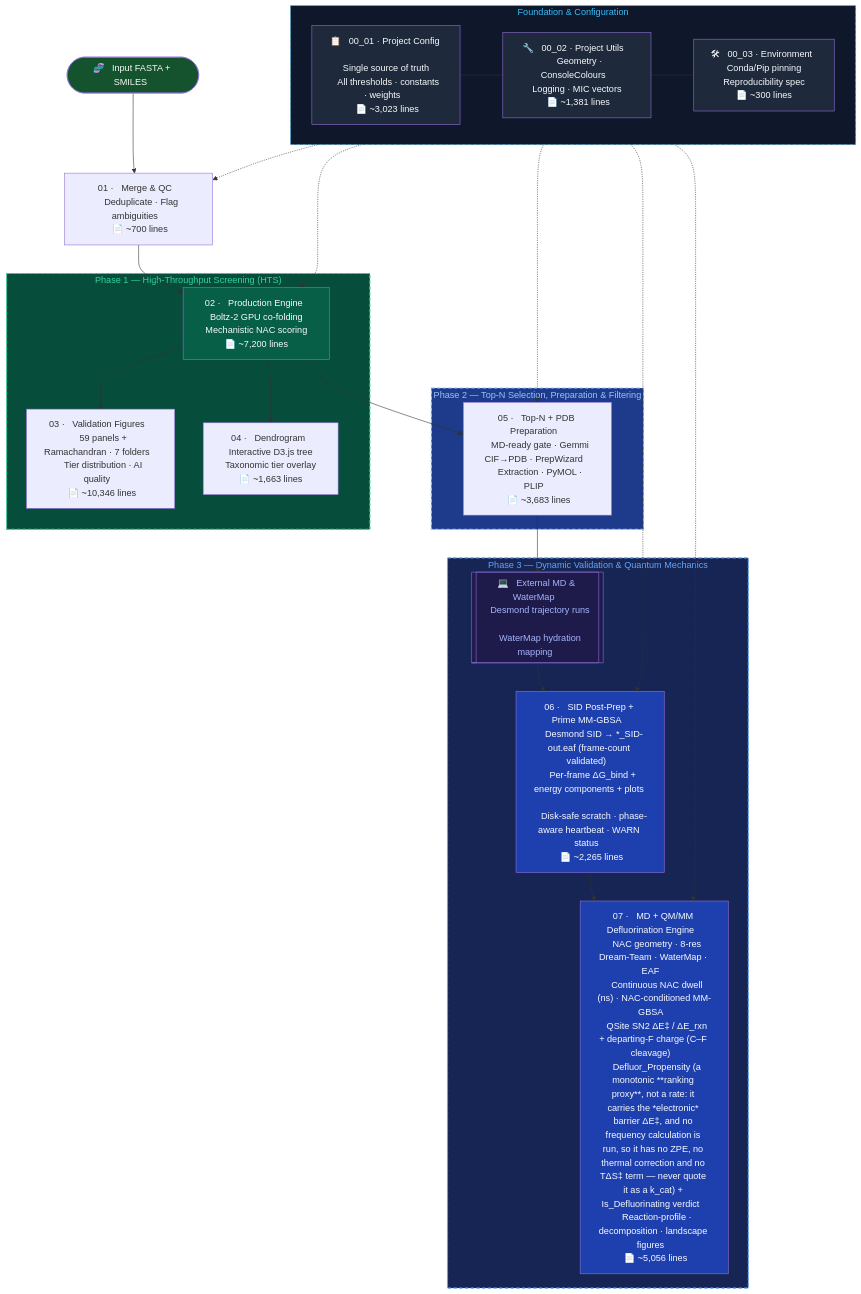
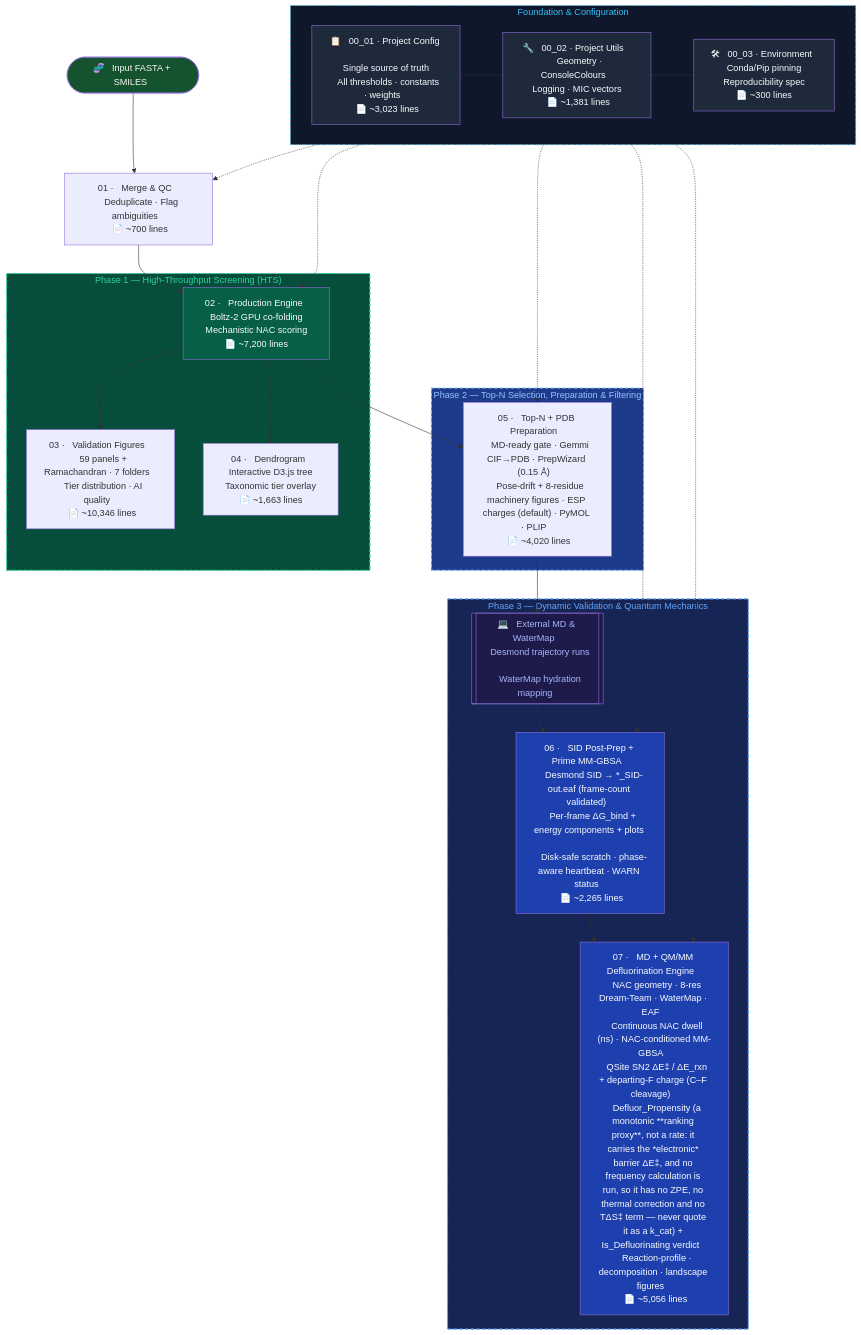
One commit to KU-MGB/DeFluorX changed the diagram in README.md. Above: the diagram before and after it, drawn with Mermaid. The commit also changed other lines of this file and 1 other file, not shown here.

First line of the commit message:
docs(05/README): complete the delivery-package log table; README figures/ESP/numbering/LOC

````diff
--- a/README.md
+++ b/README.md
@@ -190,56 +190,56 @@
 ```mermaid
 flowchart TD
     subgraph FOUNDATION["  Foundation & Configuration  "]
         CFG["📋 &nbsp; 00_01 · Project Config &nbsp; \n &nbsp; Single source of truth &nbsp; \n &nbsp; All thresholds · constants · weights &nbsp; \n &nbsp; 📄 ~3,023 lines &nbsp; "]
         UTL["🔧 &nbsp; 00_02 · Project Utils &nbsp; \n &nbsp; Geometry · ConsoleColours &nbsp; \n &nbsp; Logging · MIC vectors &nbsp; \n &nbsp; 📄 ~1,381 lines &nbsp; "]
         ENV["🛠 &nbsp; 00_03 · Environment &nbsp; \n &nbsp; Conda/Pip pinning &nbsp; \n &nbsp; Reproducibility spec &nbsp; \n &nbsp; 📄 ~300 lines &nbsp; "]
         CFG --- UTL --- ENV
     end
 
     START(["🧬 &nbsp; Input FASTA + SMILES &nbsp;"]) --> M1
     M1["01 · &nbsp; Merge & QC &nbsp; \n &nbsp; Deduplicate · Flag ambiguities &nbsp; \n &nbsp; 📄 ~700 lines &nbsp; "] --> M2
 
     subgraph PHASE1["  Phase 1 — High-Throughput Screening (HTS)  "]
         M2["02 · &nbsp; Production Engine &nbsp; \n &nbsp; Boltz-2 GPU co-folding &nbsp; \n &nbsp; Mechanistic NAC scoring &nbsp; \n &nbsp; 📄 ~7,200 lines &nbsp; "]
         M3["03 · &nbsp; Validation Figures &nbsp; \n &nbsp; 59 panels + Ramachandran · 7 folders &nbsp; \n &nbsp; Tier distribution · AI quality &nbsp; \n &nbsp; 📄 ~10,346 lines &nbsp; "]
         M4["04 · &nbsp; Dendrogram &nbsp; \n &nbsp; Interactive D3.js tree &nbsp; \n &nbsp; Taxonomic tier overlay &nbsp; \n &nbsp; 📄 ~1,663 lines &nbsp; "]
         M2 --> M3
         M2 --> M4
     end
 
     M2 --> M5
 
     subgraph PHASE2["  Phase 2 — Top-N Selection, Preparation & Filtering  "]
-        M5["05 · &nbsp; Top-N + PDB Preparation &nbsp; \n &nbsp; MD-ready gate · Gemmi CIF→PDB · PrepWizard &nbsp; \n &nbsp; Extraction · PyMOL · PLIP &nbsp; \n &nbsp; 📄 ~3,683 lines &nbsp; "]
+        M5["05 · &nbsp; Top-N + PDB Preparation &nbsp; \n &nbsp; MD-ready gate · Gemmi CIF→PDB · PrepWizard (0.15 Å) &nbsp; \n &nbsp; Pose-drift + 8-residue machinery figures · ESP charges (default) · PyMOL · PLIP &nbsp; \n &nbsp; 📄 ~4,020 lines &nbsp; "]
     end
 
     M5 --> EXT_MD
 
     subgraph PHASE3["  Phase 3 — Dynamic Validation & Quantum Mechanics  "]
         EXT_MD[["💻 &nbsp; External MD & WaterMap &nbsp; \n &nbsp; Desmond trajectory runs &nbsp; \n &nbsp; WaterMap hydration mapping &nbsp;"]]
         M6["06 · &nbsp; SID Post-Prep + Prime MM-GBSA &nbsp; \n &nbsp; Desmond SID → *_SID-out.eaf (frame-count validated) &nbsp; \n &nbsp; Per-frame ΔG_bind + energy components + plots &nbsp; \n &nbsp; Disk-safe scratch · phase-aware heartbeat · WARN status &nbsp; \n &nbsp; 📄 ~2,265 lines &nbsp; "]
         M7["07 · &nbsp; MD + QM/MM Defluorination Engine &nbsp; \n &nbsp; NAC geometry · 8-res Dream-Team · WaterMap · EAF &nbsp; \n &nbsp; Continuous NAC dwell (ns) · NAC-conditioned MM-GBSA &nbsp; \n &nbsp; QSite SN2 ΔE‡ / ΔE_rxn + departing-F charge (C–F cleavage) &nbsp; \n &nbsp; Defluor_Propensity (a monotonic **ranking proxy**, not a rate: it carries the *electronic* barrier ΔE‡, and no frequency calculation is run, so it has no ZPE, no thermal correction and no TΔS‡ term — never quote it as a k_cat) + Is_Defluorinating verdict &nbsp; \n &nbsp; Reaction-profile · decomposition · landscape figures &nbsp; \n &nbsp; 📄 ~5,056 lines &nbsp; "]
         EXT_MD --> M6 --> M7
     end
 
     %% Dependencies
     FOUNDATION -.-> M1
     FOUNDATION -.-> M2
     FOUNDATION -.-> M5
     FOUNDATION -.-> M6
     FOUNDATION -.-> M7
 
     style FOUNDATION fill:#0f172a,color:#38bdf8,stroke:#38bdf8
     style CFG fill:#1e293b,color:#f8fafc
     style UTL fill:#1e293b,color:#f8fafc
     style ENV fill:#1e293b,color:#f8fafc
     style PHASE1 fill:#064e3b,color:#34d399,stroke:#34d399,stroke-width:2px,stroke-dasharray: 6 4
     style PHASE2 fill:#1e3a8a,color:#93c5fd,stroke:#93c5fd,stroke-width:2px,stroke-dasharray: 6 4
     style PHASE3 fill:#172554,color:#60a5fa,stroke:#60a5fa,stroke-width:2px,stroke-dasharray: 6 4
     style FOUNDATION stroke-dasharray: 6 4
     style M2 fill:#065f46,color:#f8fafc
     style M6 fill:#1e40af,color:#f8fafc
     style M7 fill:#1e40af,color:#f8fafc
     style START fill:#14532d,color:#f8fafc
     style EXT_MD fill:#1e1b4b,color:#a5b4fc
 ```
````
